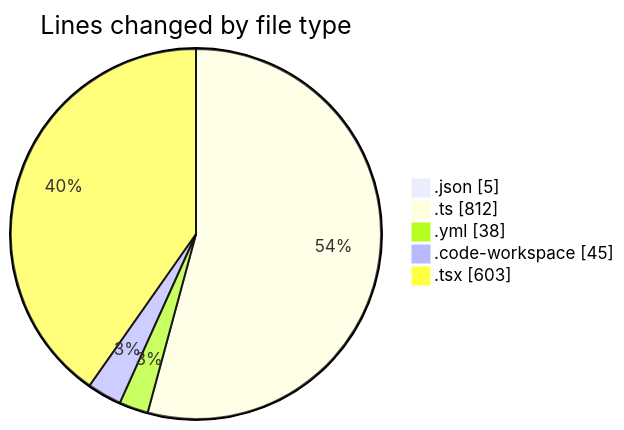
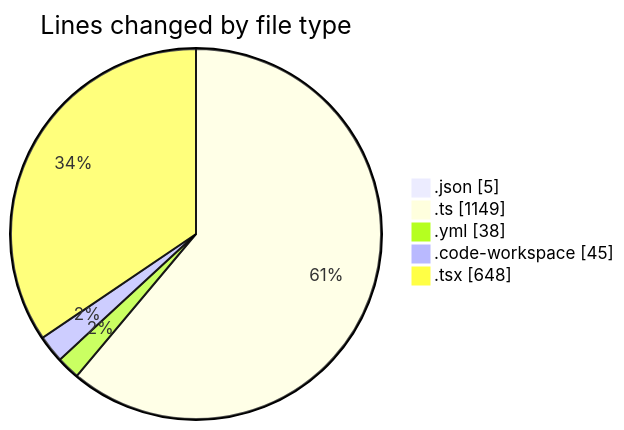
Before and after one commit to julien-gomy/code-tracking: the first of 2 diagrams in 2025-11-25/eventscop-frontend-guide__workspace_/README.md, drawn with Mermaid. The commit also changed other lines of this file and 1 other file, not shown here.

````diff
--- a/2025-11-25/eventscop-frontend-guide__workspace_/README.md
+++ b/2025-11-25/eventscop-frontend-guide__workspace_/README.md
@@ -28,9 +31,9 @@
 ```mermaid
 pie showData
 title Lines changed by file type
 ".json" : 5
-".ts" : 812
+".ts" : 1149
 ".yml" : 38
 ".code-workspace" : 45
-".tsx" : 603
+".tsx" : 648
 ```
````
